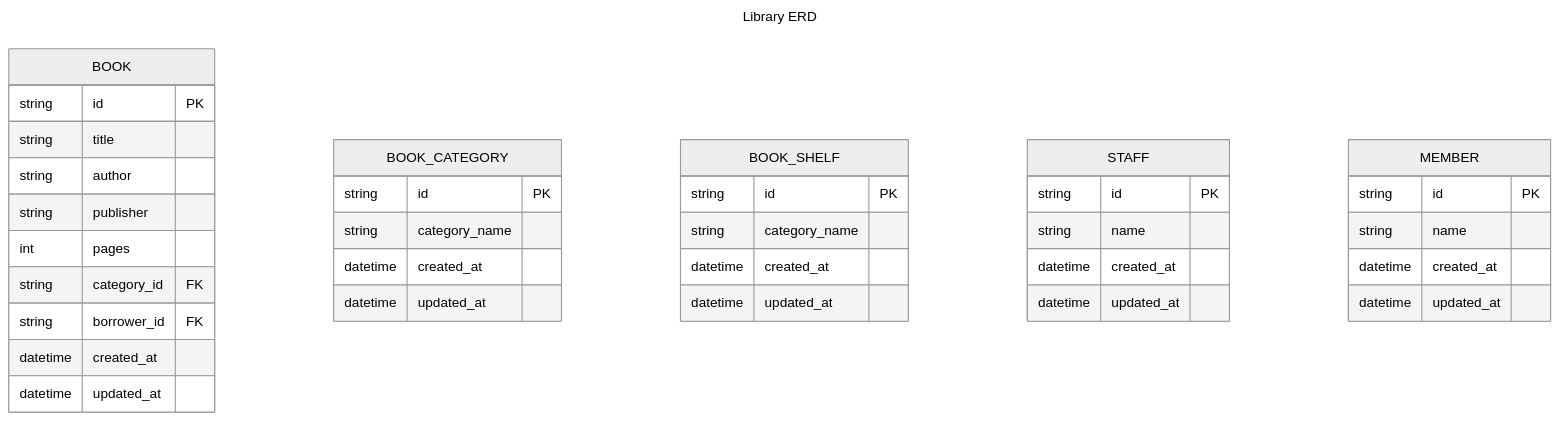
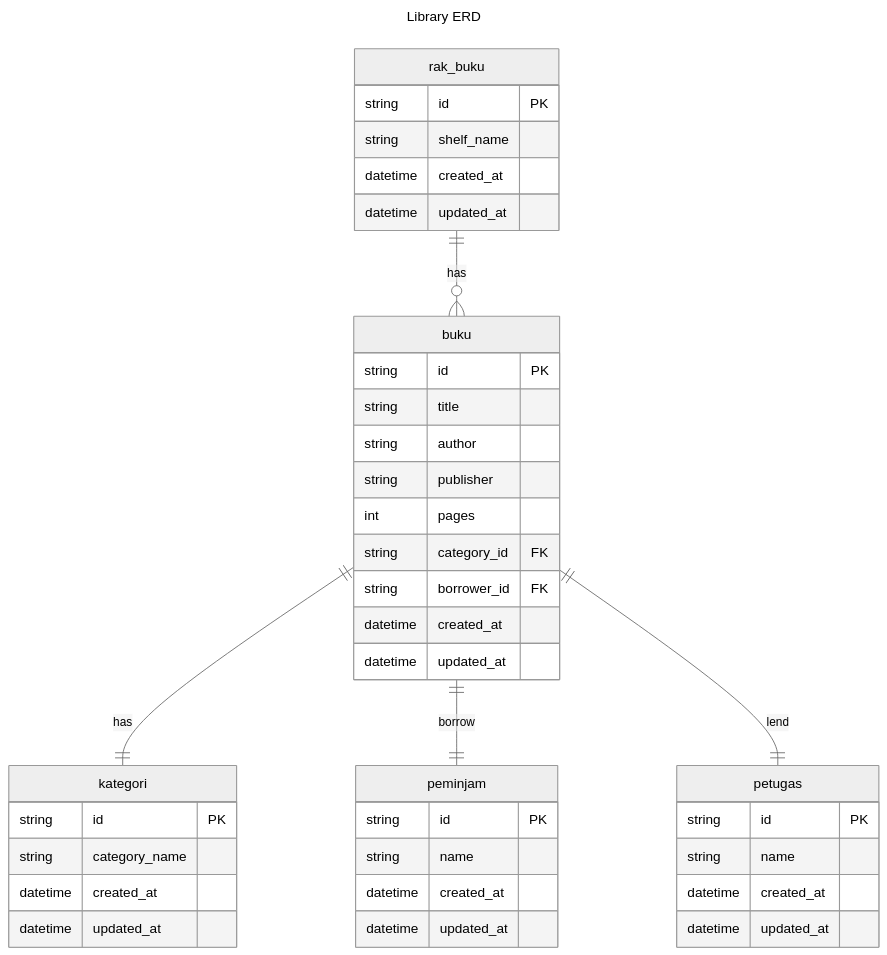
One commit to rezafauzan/koda-b6-db1 changed the diagram in ERD.md. Above: the diagram before and after it, drawn with Mermaid (neutral theme).

Commit message:
Feat: add relation between entity

````diff
--- a/ERD.md
+++ b/ERD.md
@@ -2,46 +2,51 @@
 ```mermaid
 ---
     title: Library ERD
 ---
     erDiagram
 
-    BOOK {
+    buku {
         string id PK
         string title
         string author
         string publisher
         int pages
         string category_id FK
         string borrower_id FK
         datetime created_at
         datetime updated_at
     }
 
-    BOOK_CATEGORY {
+    kategori {
         string id PK
         string category_name
         datetime created_at
         datetime updated_at
     }
 
-    BOOK_SHELF {
+    rak_buku {
         string id PK
-        string category_name
+        string shelf_name
         datetime created_at
         datetime updated_at
     }
 
-    STAFF{
+    petugas{
         string id PK
         string name
         datetime created_at
         datetime updated_at
     }
     
-    MEMBER{
+    peminjam{
         string id PK
         string name
         datetime created_at
         datetime updated_at
     }
+
+    buku ||--|| kategori : has
+    rak_buku only one to zero or many buku : has
+    buku only one to only one peminjam : borrow
+    buku only one to only one petugas : lend
 ```
````
